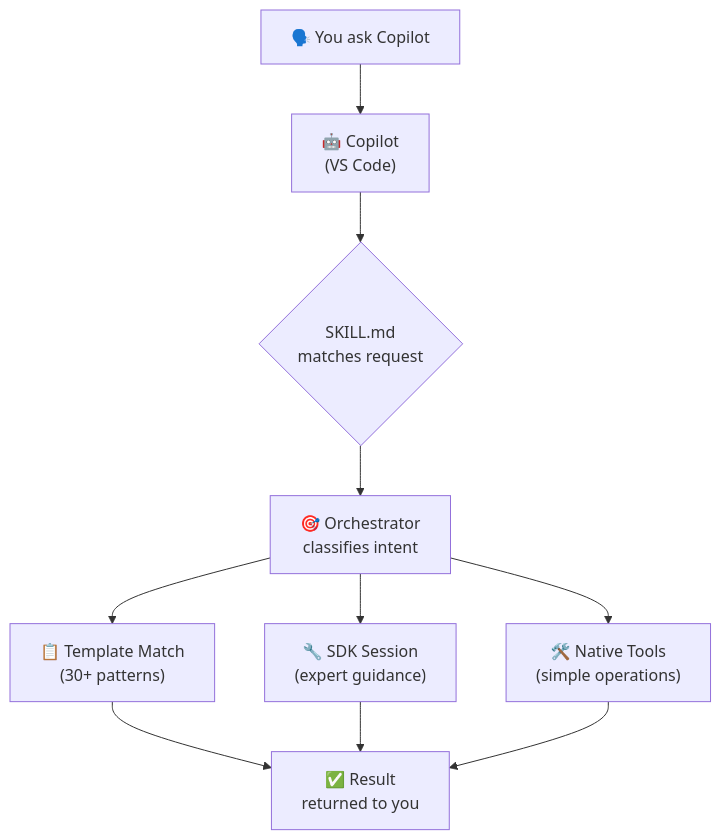
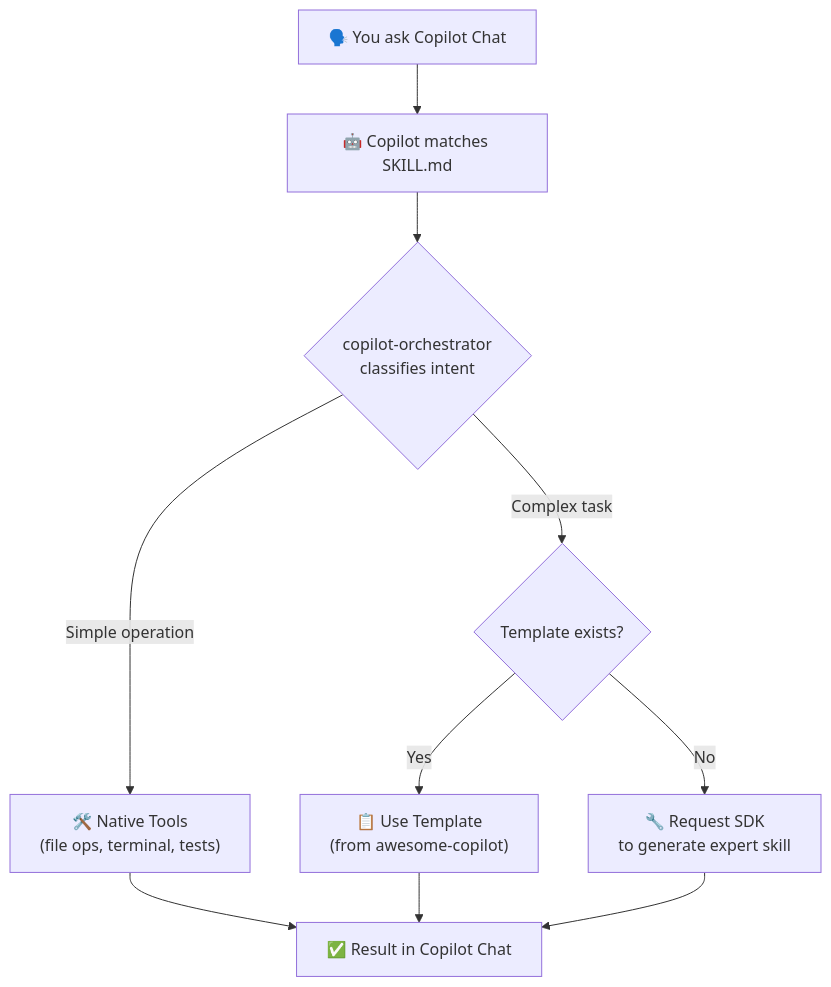
Before and after one commit to samueltauil/skills-hub: the second of 2 diagrams in README.md, drawn with Mermaid. The commit also changed other lines of this file, not shown here.

````diff
--- a/README.md
+++ b/README.md
@@ -50,14 +52,15 @@
 ```mermaid
 flowchart TD
-    A["🗣️ You ask Copilot"] --> B["🤖 Copilot<br/>(VS Code)"]
-    B --> C{"SKILL.md<br/>matches request"}
-    C --> D["🎯 Orchestrator<br/>classifies intent"]
+    A["🗣️ You ask Copilot Chat"] --> B["🤖 Copilot matches SKILL.md"]
+    B --> C{"copilot-orchestrator<br/>classifies intent"}
     
-    D --> E["📋 Template Match<br/>(30+ patterns)"]
-    D --> F["🔧 SDK Session<br/>(expert guidance)"]
-    D --> G["🛠️ Native Tools<br/>(simple operations)"]
+    C -->|Simple operation| D["🛠️ Native Tools<br/>(file ops, terminal, tests)"]
+    C -->|Complex task| E{"Template exists?"}
     
-    E --> H["✅ Result<br/>returned to you"]
+    E -->|Yes| F["📋 Use Template<br/>(from awesome-copilot)"]
+    E -->|No| G["🔧 Request SDK<br/>to generate expert skill"]
+    
+    D --> H["✅ Result in Copilot Chat"]
     F --> H
     G --> H
 ```
````
